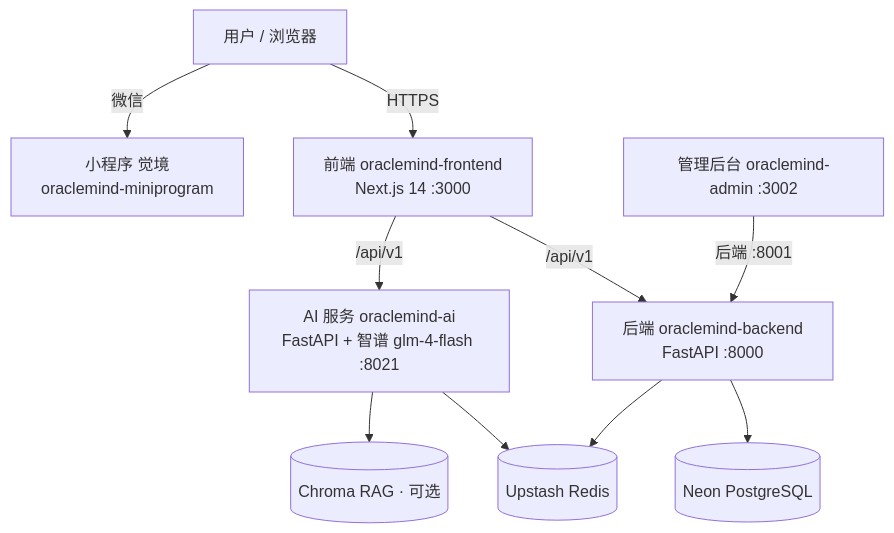
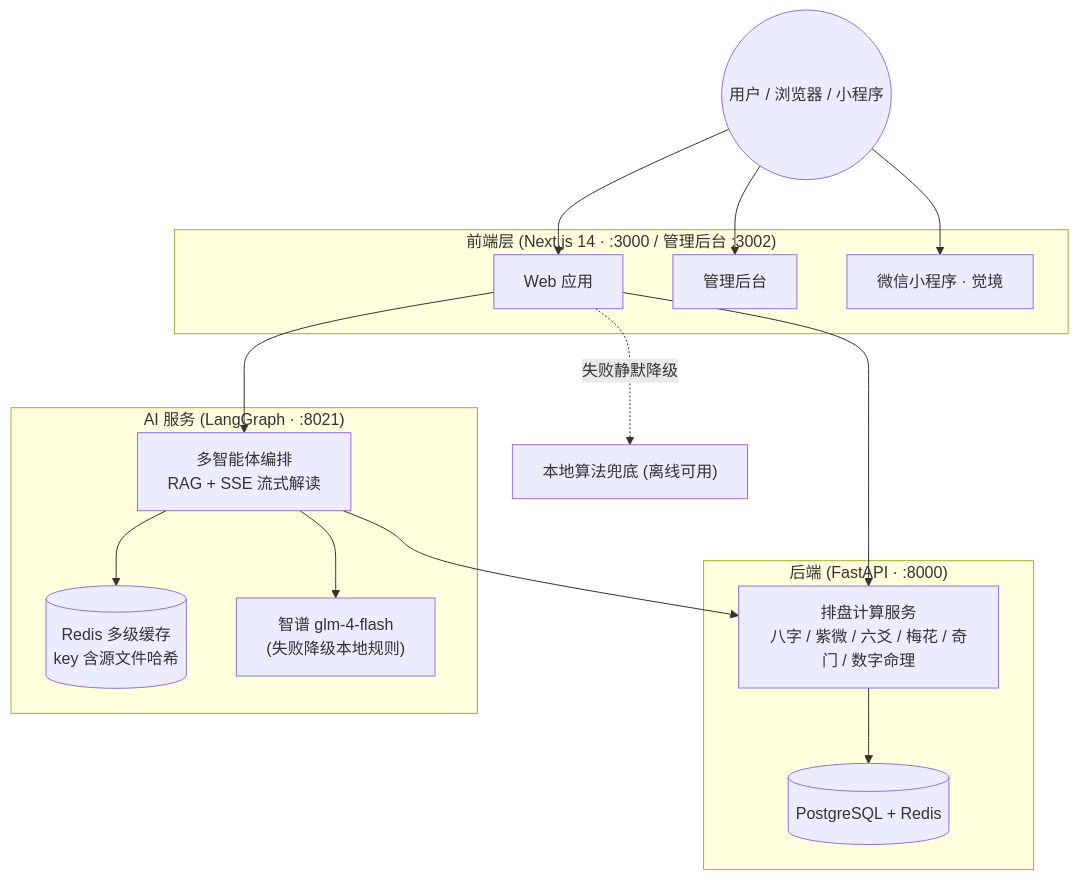
The diagram in README.md (wufan0312/oraclemind), drawn with Mermaid before and after one commit. The commit also changed other lines of this file, not shown here.

First line of the commit message:
docs: 修复 README 架构图（恢复 mermaid，清除损坏内联 SVG）

````diff
--- a/README.md
+++ b/README.md
@@ -18,12 +14,28 @@
 ```mermaid
-graph TD
-    U[用户 / 浏览器] -->|HTTPS| FE[前端 oraclemind-frontend<br/>Next.js 14 :3000]
-    U -->|微信| MP[小程序 觉境<br/>oraclemind-miniprogram]
-    FE -->|/api/v1| BE[后端 oraclemind-backend<br/>FastAPI :8000]
-    FE -->|/api/v1| AI[AI 服务 oraclemind-ai<br/>FastAPI + 智谱 glm-4-flash :8021]
-    BE --> PG[(Neon PostgreSQL)]
-    BE --> RD[(Upstash Redis)]
-    AI --> RD
-    AI --> CH[(Chroma RAG · 可选)]
-    A[管理后台 oraclemind-admin :3002] -->|后端 :8001| BE
+flowchart TB
+    U(("用户 / 浏览器 / 小程序"))
+    subgraph FE["前端层 (Next.js 14 · :3000 / 管理后台 :3002)"]
+        WEB["Web 应用"]
+        ADMIN["管理后台"]
+        MINI["微信小程序 · 觉境"]
+    end
+    subgraph BE["后端 (FastAPI · :8000)"]
+        CALC["排盘计算服务<br/>八字 / 紫微 / 六爻 / 梅花 / 奇门 / 数字命理"]
+        DB[("PostgreSQL + Redis")]
+    end
+    subgraph AI["AI 服务 (LangGraph · :8021)"]
+        AGENTS["多智能体编排<br/>RAG + SSE 流式解读"]
+        CACHE[("Redis 多级缓存<br/>key 含源文件哈希")]
+        LLM["智谱 glm-4-flash<br/>(失败降级本地规则)"]
+    end
+    U --> WEB
+    U --> ADMIN
+    U --> MINI
+    WEB --> CALC
+    WEB -. 失败静默降级 .-> LOCAL["本地算法兜底 (离线可用)"]
+    CALC --> DB
+    WEB --> AGENTS
+    AGENTS --> LLM
+    AGENTS --> CACHE
+    AGENTS --> CALC
 ```
````
